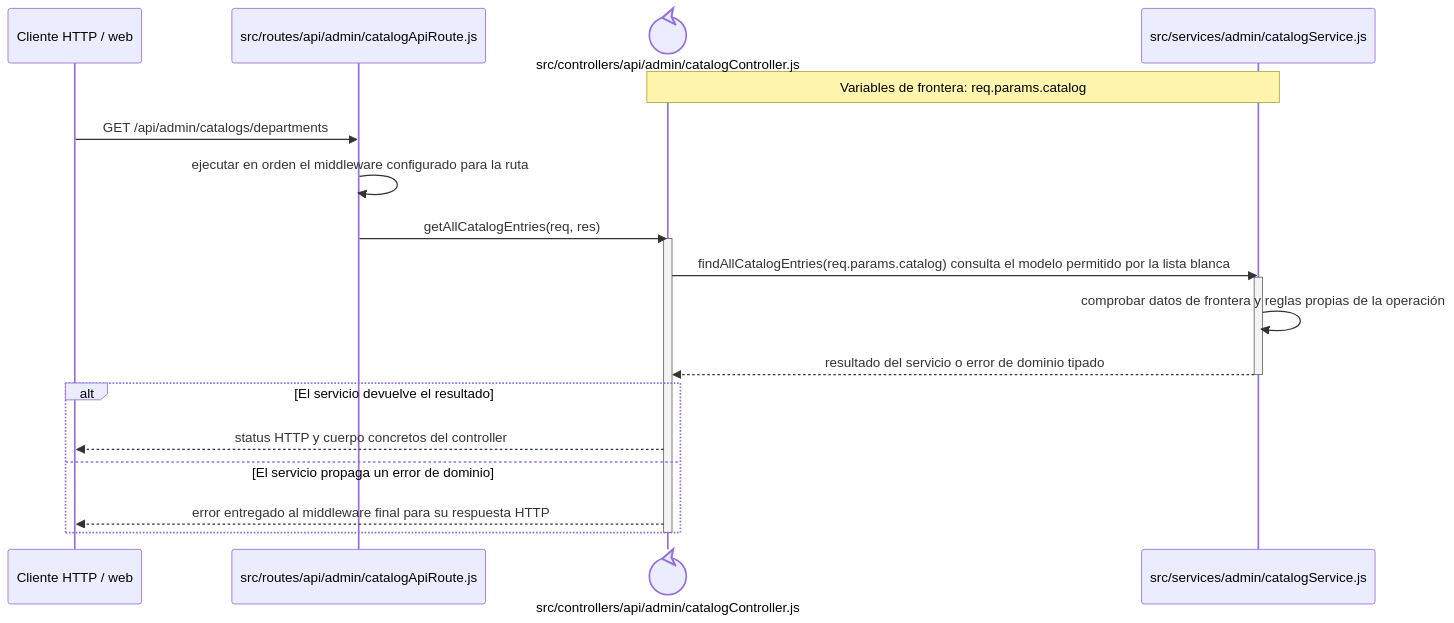
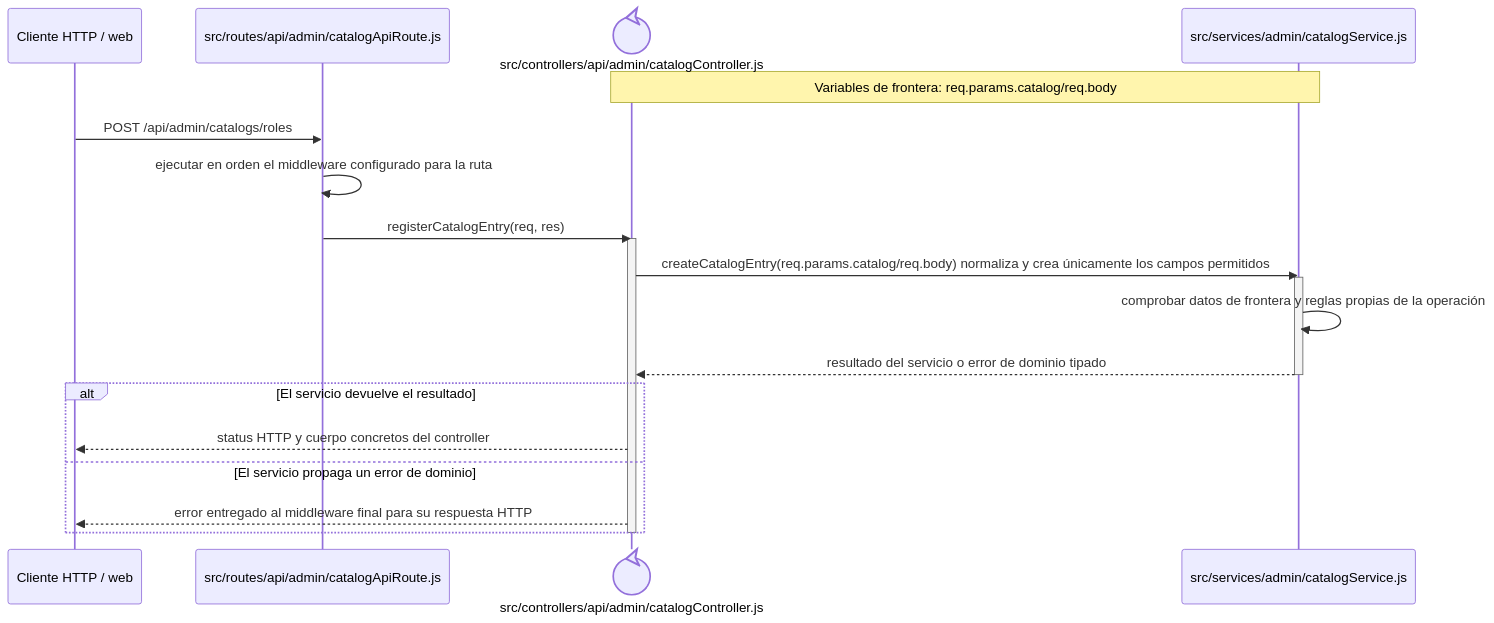
Before and after one commit to gpgsistemas01/nexus: the diagram in docs/architecture/backend-code-sequences/catalogs/cu-cat-31.md, drawn with Mermaid. The commit also changed other lines of this file and 126 other files, not shown here.

````diff
--- a/docs/architecture/backend-code-sequences/catalogs/cu-cat-31.md
+++ b/docs/architecture/backend-code-sequences/catalogs/cu-cat-31.md
@@ -6,24 +6,24 @@
 ```mermaid
 sequenceDiagram
     participant Client as Cliente HTTP / web
     participant Route as src/routes/api/admin/catalogApiRoute.js
     participant Controller@{ "type": "control" } as src/controllers/api/admin/catalogController.js
     participant Domain as src/services/admin/catalogService.js
-    Note over Controller,Domain: Variables de frontera: req.params.catalog
+    Note over Controller,Domain: Variables de frontera: req.params.catalog/req.body
 
-    Client->>Route: GET /api/admin/catalogs/departments
+    Client->>Route: POST /api/admin/catalogs/roles
     Route->>Route: ejecutar en orden el middleware configurado para la ruta
-    Route->>Controller: getAllCatalogEntries(req, res)
+    Route->>Controller: registerCatalogEntry(req, res)
     activate Controller
-    Controller->>Domain: findAllCatalogEntries(req.params.catalog) consulta el modelo permitido por la lista blanca
+    Controller->>Domain: createCatalogEntry(req.params.catalog/req.body) normaliza y crea únicamente los campos permitidos
     activate Domain
     Domain->>Domain: comprobar datos de frontera y reglas propias de la operación
     Domain-->>Controller: resultado del servicio o error de dominio tipado
     deactivate Domain
     alt El servicio devuelve el resultado
         Controller-->>Client: status HTTP y cuerpo concretos del controller
     else El servicio propaga un error de dominio
         Controller-->>Client: error entregado al middleware final para su respuesta HTTP
     end
     deactivate Controller
 ```
````
